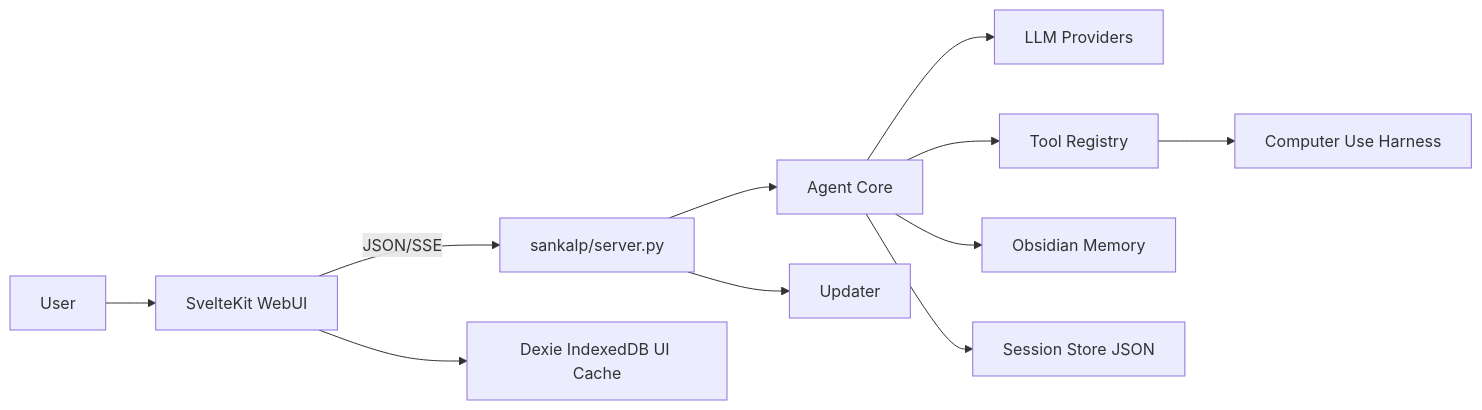
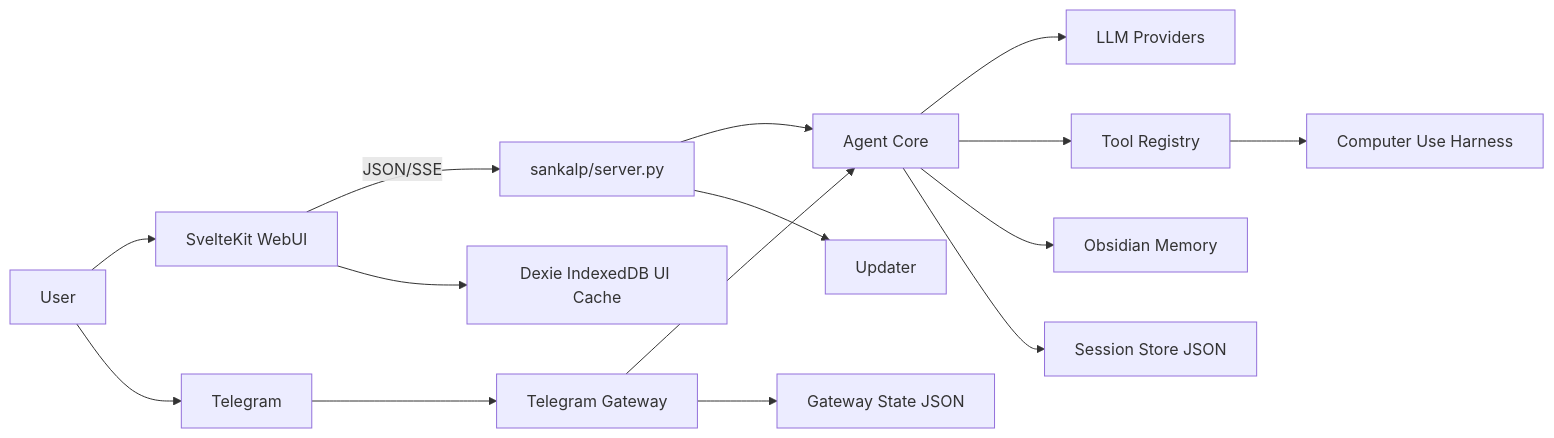
Before and after one commit to RSWAIN1486/sankalp: the first of 2 diagrams in docs/architecture.md, drawn with Mermaid. The commit also changed other lines of this file and 19 other files, not shown here.

Commit message:
feat: introduce persistent daemon mode with Telegram messaging gateway and automated macOS launch agent support.

````diff
--- a/docs/architecture.md
+++ b/docs/architecture.md
@@ -104,13 +118,17 @@
 ```mermaid
 flowchart LR
   U[User] --> W[SvelteKit WebUI]
+  U --> TG[Telegram]
   W -->|JSON/SSE| S[sankalp/server.py]
+  TG --> G[Telegram Gateway]
+  G --> A[Agent Core]
   S --> A[Agent Core]
   A --> P[LLM Providers]
   A --> T[Tool Registry]
   T --> CU[Computer Use Harness]
   A --> M[Obsidian Memory]
   A --> J[Session Store JSON]
   W --> D[Dexie IndexedDB UI Cache]
   S --> U2[Updater]
+  G --> GS[Gateway State JSON]
 ```
````
